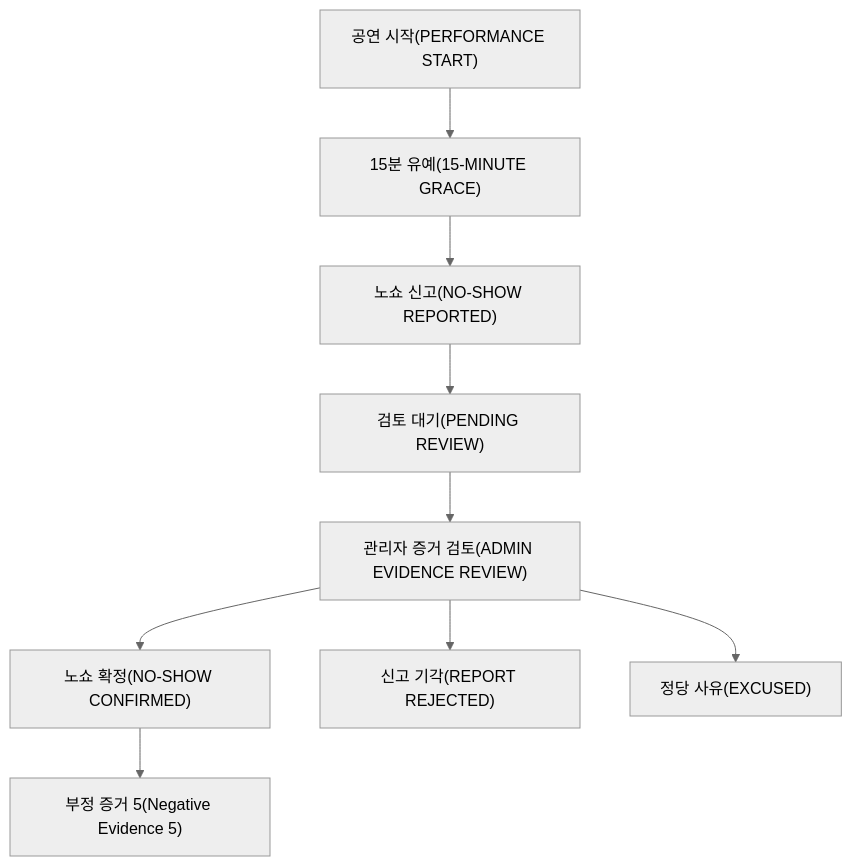
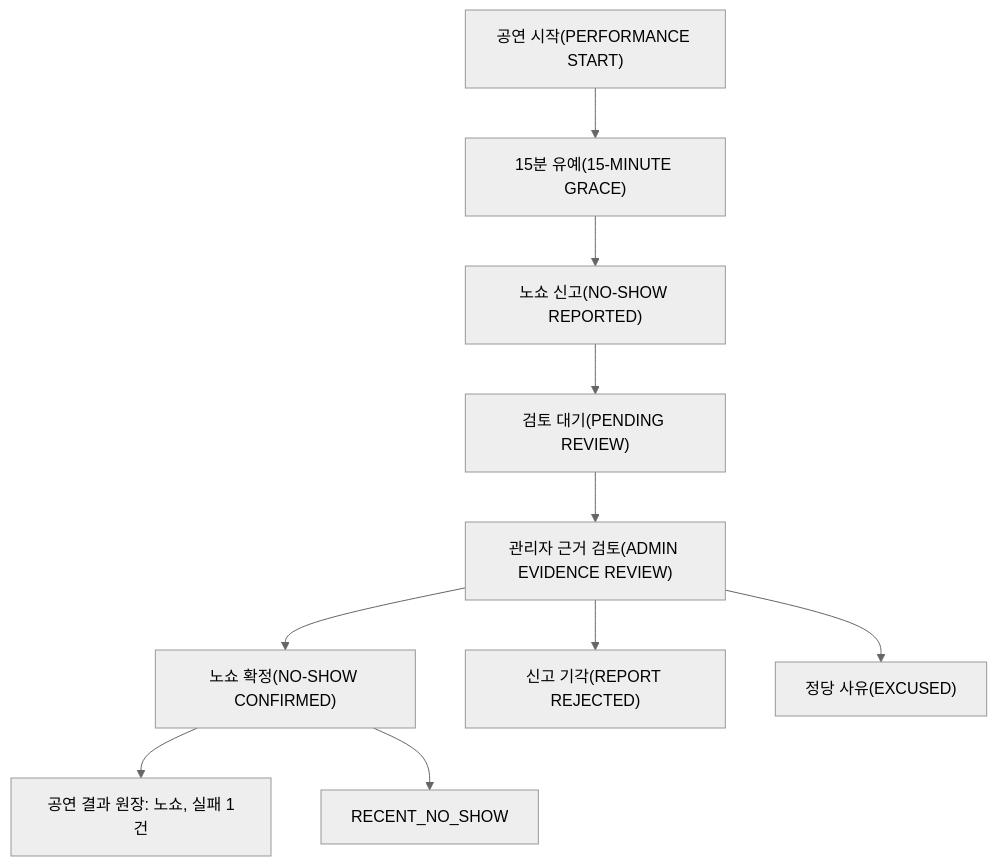
The second of 2 diagrams in docs/adr/artist_trust_architecture/04_final_policy_decisions.md (nsuCapstoneTeam/NSU_CAPSTONE), drawn with Mermaid (neutral theme) before and after one commit. The commit also changed other lines of this file and 13 other files, not shown here.

````diff
--- a/docs/adr/artist_trust_architecture/04_final_policy_decisions.md
+++ b/docs/adr/artist_trust_architecture/04_final_policy_decisions.md
@@ -185,12 +206,13 @@
 ```mermaid
 flowchart TD
     Start["공연 시작(PERFORMANCE START)"]
     Start --> Grace["15분 유예(15-MINUTE GRACE)"]
     Grace --> Report["노쇼 신고(NO-SHOW REPORTED)"]
     Report --> Pending["검토 대기(PENDING REVIEW)"]
-    Pending --> Admin["관리자 증거 검토(ADMIN EVIDENCE REVIEW)"]
+    Pending --> Admin["관리자 근거 검토(ADMIN EVIDENCE REVIEW)"]
     Admin --> Confirm["노쇼 확정(NO-SHOW CONFIRMED)"]
     Admin --> Reject["신고 기각(REPORT REJECTED)"]
     Admin --> Excused["정당 사유(EXCUSED)"]
-    Confirm --> S5["부정 증거 5(Negative Evidence 5)"]
+    Confirm --> Ledger["공연 결과 원장: 노쇼, 실패 1건"]
+    Confirm --> Signal["RECENT_NO_SHOW"]
 ```
````
